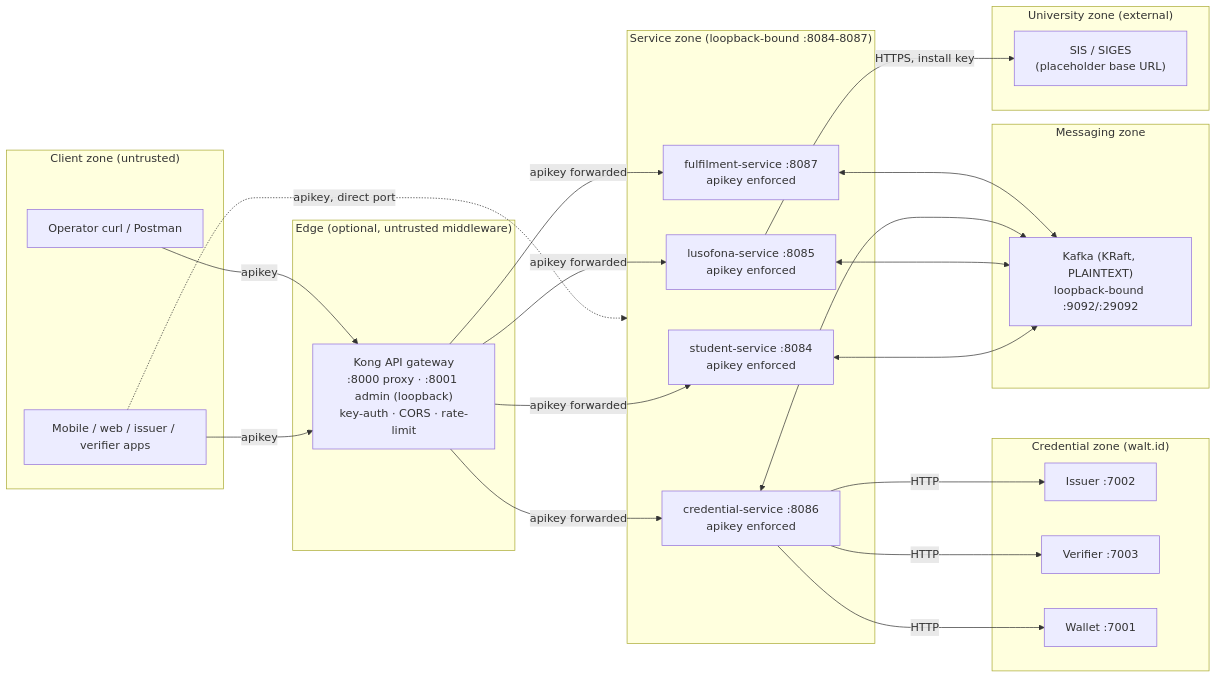
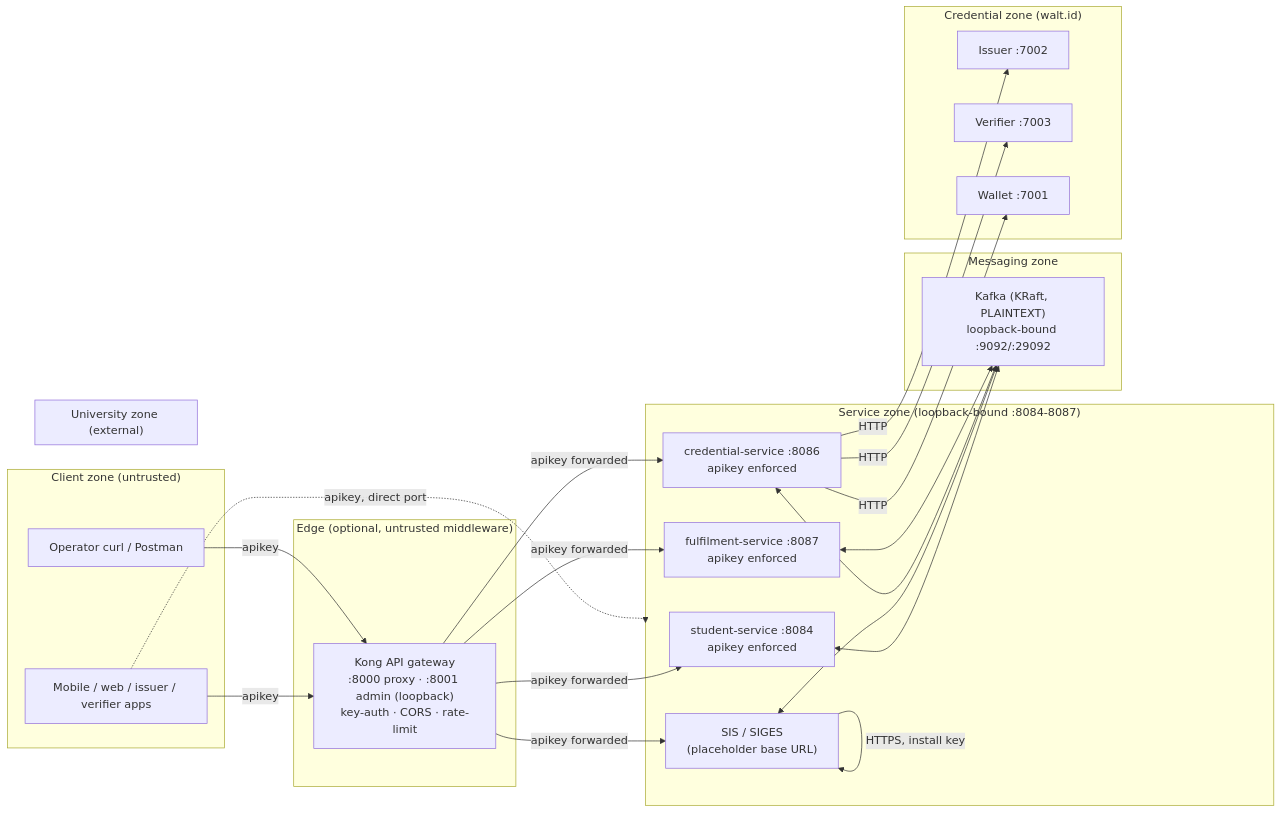
The first of 2 diagrams in docs/SECURITY.md (marcelogdomingues/ulht-dcs-public), drawn with Mermaid before and after one commit. The commit also changed other lines of this file and 600 other files, not shown here.

````diff
--- a/docs/SECURITY.md
+++ b/docs/SECURITY.md
@@ -22,50 +22,50 @@
 ```mermaid
 flowchart LR
     subgraph client["Client zone (untrusted)"]
         mobile["Mobile / web / issuer / verifier apps"]
         curl["Operator curl / Postman"]
     end
 
     subgraph edge["Edge (optional, untrusted middleware)"]
         kong["Kong API gateway\n:8000 proxy · :8001 admin (loopback)\nkey-auth · CORS · rate-limit"]
     end
 
     subgraph services["Service zone (loopback-bound :8084-8087)"]
         student["student-service :8084\napikey enforced"]
-        lusofona["lusofona-service :8085\napikey enforced"]
+        sis["sis-service :8085\napikey enforced"]
         credential["credential-service :8086\napikey enforced"]
         fulfilment["fulfilment-service :8087\napikey enforced"]
     end
 
     subgraph bus["Messaging zone"]
         kafka["Kafka (KRaft, PLAINTEXT)\nloopback-bound :9092/:29092"]
     end
 
     subgraph crypto["Credential zone (walt.id)"]
         issuer["Issuer :7002"]
         verifier["Verifier :7003"]
         wallet["Wallet :7001"]
     end
 
     subgraph univ["University zone (external)"]
         sis["SIS / SIGES\n(placeholder base URL)"]
     end
 
     mobile -->|apikey| kong
     curl -->|apikey| kong
     mobile -.->|apikey, direct port| services
     kong -->|apikey forwarded| student
-    kong -->|apikey forwarded| lusofona
+    kong -->|apikey forwarded| sis
     kong -->|apikey forwarded| credential
     kong -->|apikey forwarded| fulfilment
 
     student <--> kafka
-    lusofona <--> kafka
+    sis <--> kafka
     credential <--> kafka
     fulfilment <--> kafka
 
     credential -->|HTTP| issuer
     credential -->|HTTP| verifier
     credential -->|HTTP| wallet
-    lusofona -->|HTTPS, install key| sis
+    sis -->|HTTPS, install key| sis
 ```
````
